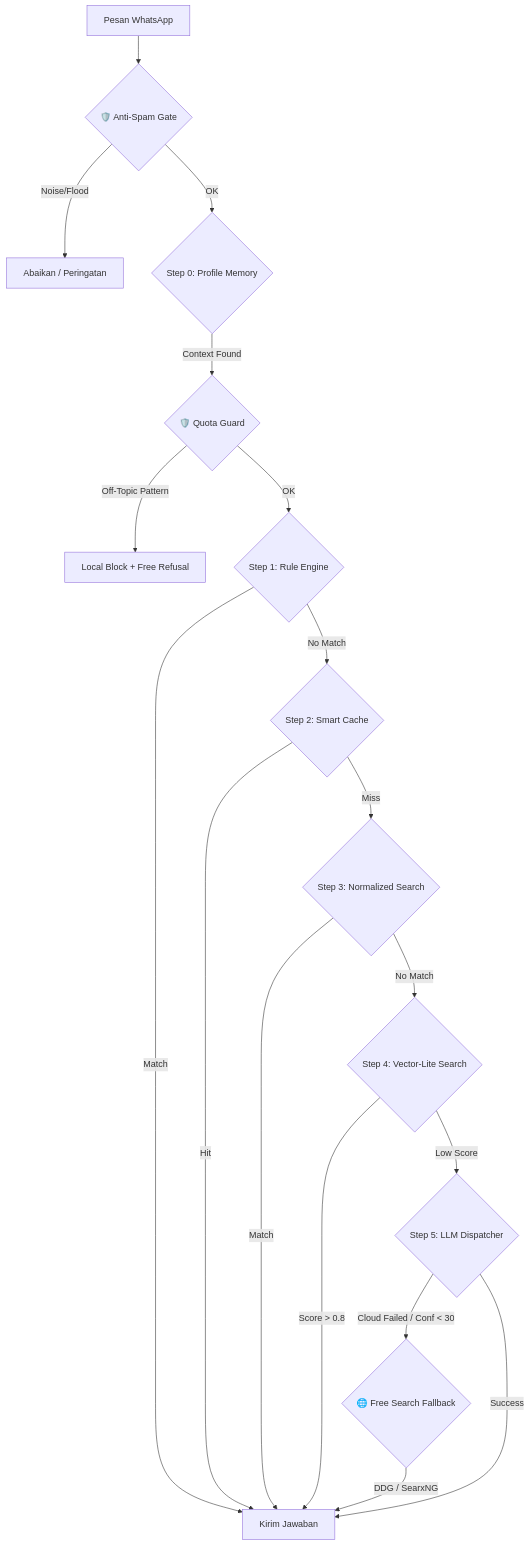
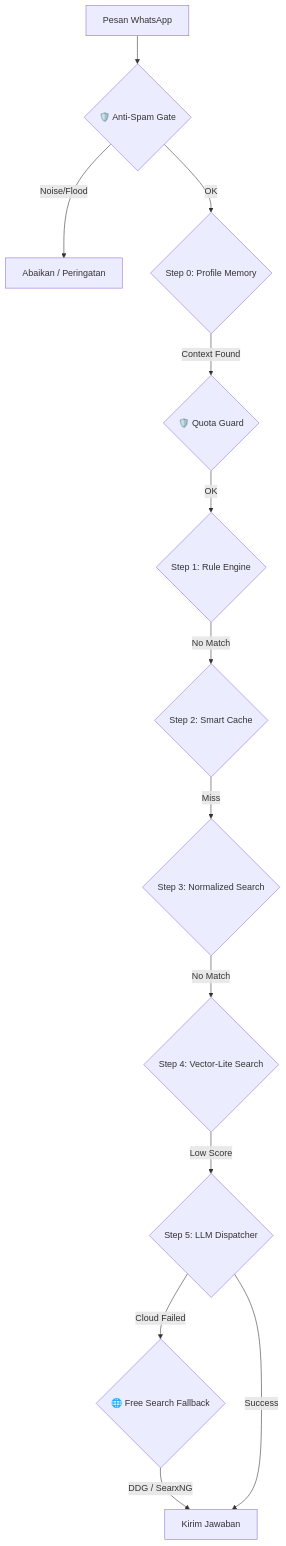
The diagram in ReadMeForDevs.md (malikamrullah131/ImiBot), drawn with Mermaid before and after one commit. The commit also changed other lines of this file and 11 other files, not shown here.

````diff
--- a/ReadMeForDevs.md
+++ b/ReadMeForDevs.md
@@ -13,20 +32,15 @@
 ```mermaid
 graph TD
     A[Pesan WhatsApp] --> B{🛡️ Anti-Spam Gate}
     B -- Noise/Flood --> Z[Abaikan / Peringatan]
     B -- OK --> C{Step 0: Profile Memory}
     C -- Context Found --> D{🛡️ Quota Guard}
-    D -- Off-Topic Pattern --> E1[Local Block + Free Refusal]
     D -- OK --> D1{Step 1: Rule Engine}
-    D1 -- Match --> E[Kirim Jawaban]
     D1 -- No Match --> F{Step 2: Smart Cache}
-    F -- Hit --> E
     F -- Miss --> G{Step 3: Normalized Search}
-    G -- Match --> E
     G -- No Match --> H{Step 4: Vector-Lite Search}
-    H -- Score > 0.8 --> E
     H -- Low Score --> I{Step 5: LLM Dispatcher}
-    I -- Cloud Failed / Conf < 30 --> J{🌐 Free Search Fallback}
-    J -- DDG / SearxNG --> E
+    I -- Cloud Failed --> J{🌐 Free Search Fallback}
+    J -- DDG / SearxNG --> E[Kirim Jawaban]
     I -- Success --> E
 ```
````
